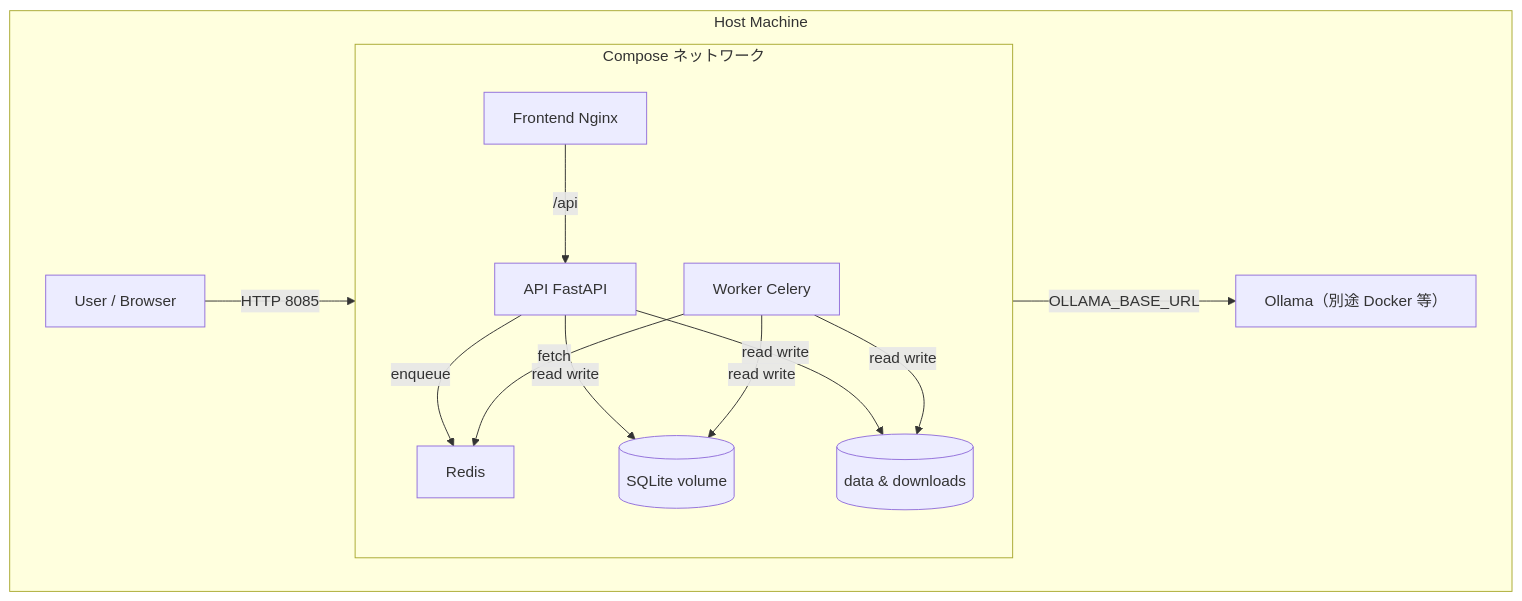
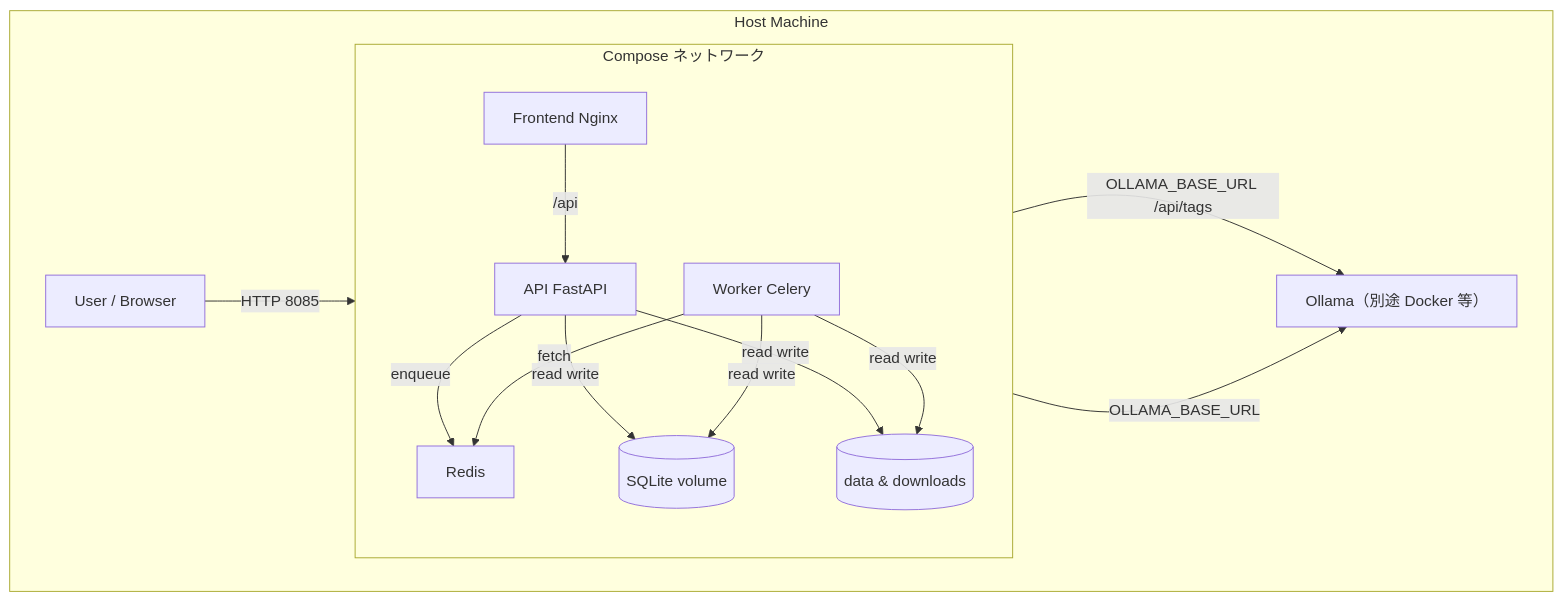
Before and after one commit to gt-ynakamatsu/meeting-minutes-generator: the first of 2 diagrams in document/architecture_design.md, drawn with Mermaid. The commit also changed other lines of this file and 17 other files, not shown here.

````diff
--- a/document/architecture_design.md
+++ b/document/architecture_design.md
@@ -7,26 +7,27 @@
 ```mermaid
 graph TB
     subgraph host["Host Machine"]
         User["User / Browser"]
         Ollama["Ollama（別途 Docker 等）"]
         subgraph dnet["Compose ネットワーク"]
             direction TB
             FE["Frontend Nginx"]
             API["API FastAPI"]
             Worker["Worker Celery"]
             Redis["Redis"]
             DB[("SQLite volume")]
             Share[("data & downloads")]
         end
     end
 
     User -->|"HTTP 8085"| FE
     FE -->|"/api"| API
     API -->|enqueue| Redis
     API -->|read write| DB
     API -->|read write| Share
     Worker -->|fetch| Redis
+    API -->|OLLAMA_BASE_URL /api/tags| Ollama
     Worker -->|OLLAMA_BASE_URL| Ollama
     Worker -->|read write| DB
     Worker -->|read write| Share
 ```
````
